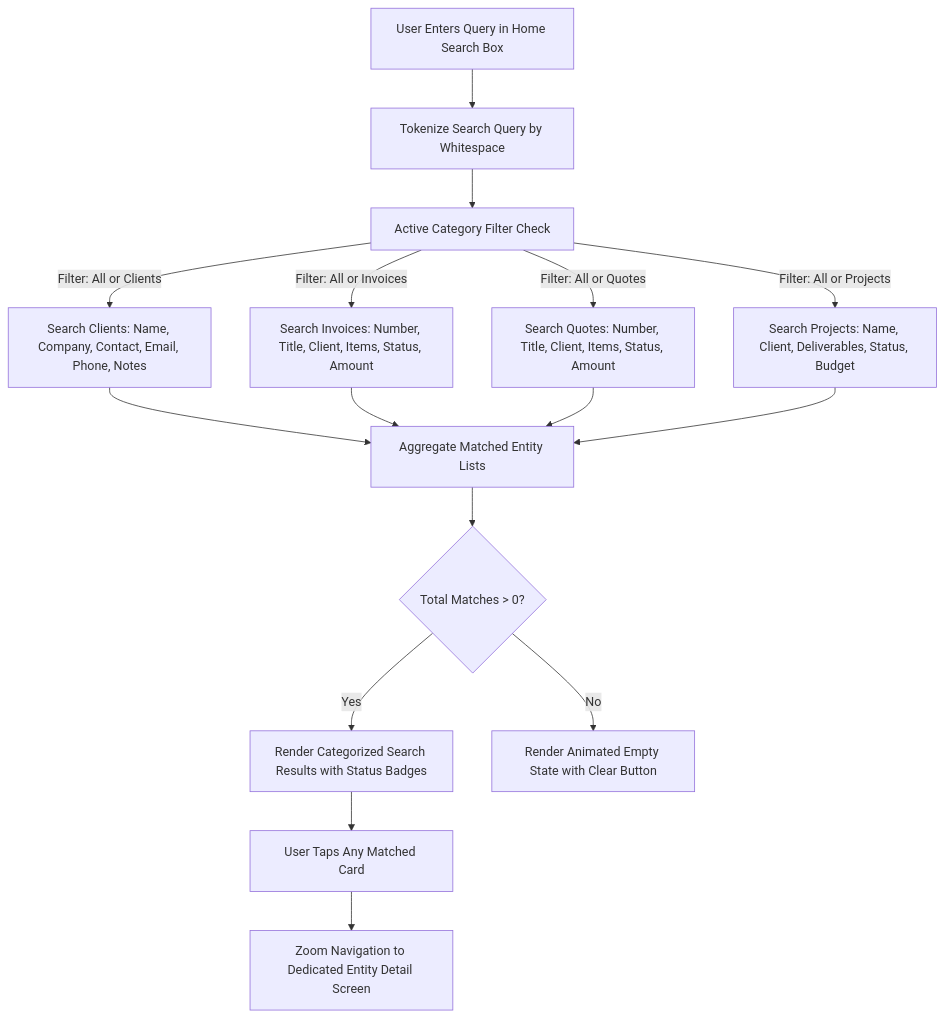
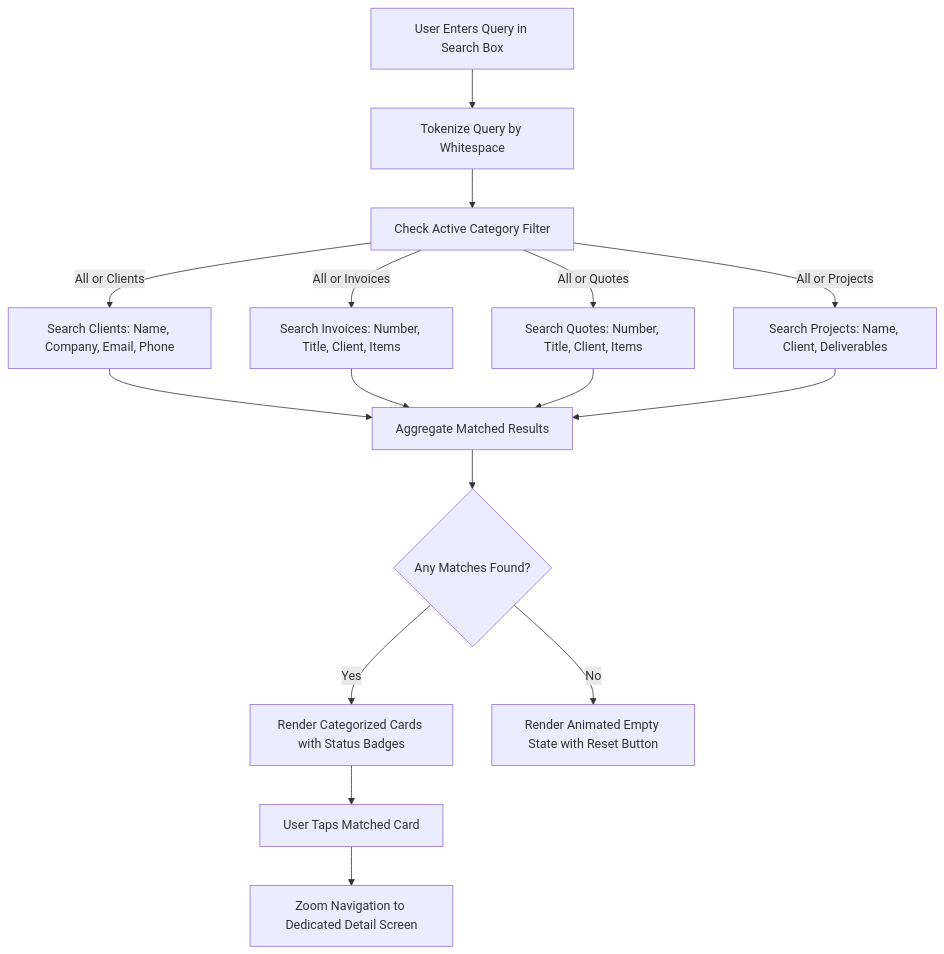
One commit to Akshit2004/Freelance-management changed the fourth of 4 diagrams in README.md. Above: the diagram before and after it, drawn with Mermaid. The commit also changed other lines of this file and 10 other files, not shown here.

````diff
--- a/README.md
+++ b/README.md
@@ -244,22 +244,22 @@
 ```mermaid
 flowchart TD
-    A[User Enters Query in Home Search Box] --> B[Tokenize Search Query by Whitespace]
-    B --> C[Active Category Filter Check]
+    A["User Enters Query in Search Box"] --> B["Tokenize Query by Whitespace"]
+    B --> C["Check Active Category Filter"]
     
-    C -->|Filter: All or Clients| D[Search Clients: Name, Company, Contact, Email, Phone, Notes]
-    C -->|Filter: All or Invoices| E[Search Invoices: Number, Title, Client, Items, Status, Amount]
-    C -->|Filter: All or Quotes| F[Search Quotes: Number, Title, Client, Items, Status, Amount]
-    C -->|Filter: All or Projects| G[Search Projects: Name, Client, Deliverables, Status, Budget]
+    C -->|"All or Clients"| D["Search Clients: Name, Company, Email, Phone"]
+    C -->|"All or Invoices"| E["Search Invoices: Number, Title, Client, Items"]
+    C -->|"All or Quotes"| F["Search Quotes: Number, Title, Client, Items"]
+    C -->|"All or Projects"| G["Search Projects: Name, Client, Deliverables"]
 
-    D --> H[Aggregate Matched Entity Lists]
+    D --> H["Aggregate Matched Results"]
     E --> H
     F --> H
     G --> H
 
-    H --> I{Total Matches > 0?}
-    I -->|Yes| J[Render Categorized Search Results with Status Badges]
-    I -->|No| K[Render Animated Empty State with Clear Button]
+    H --> I{"Any Matches Found?"}
+    I -->|"Yes"| J["Render Categorized Cards with Status Badges"]
+    I -->|"No"| K["Render Animated Empty State with Reset Button"]
 
-    J --> L[User Taps Any Matched Card]
-    L --> M[Zoom Navigation to Dedicated Entity Detail Screen]
+    J --> L["User Taps Matched Card"]
+    L --> M["Zoom Navigation to Dedicated Detail Screen"]
 ```
````
